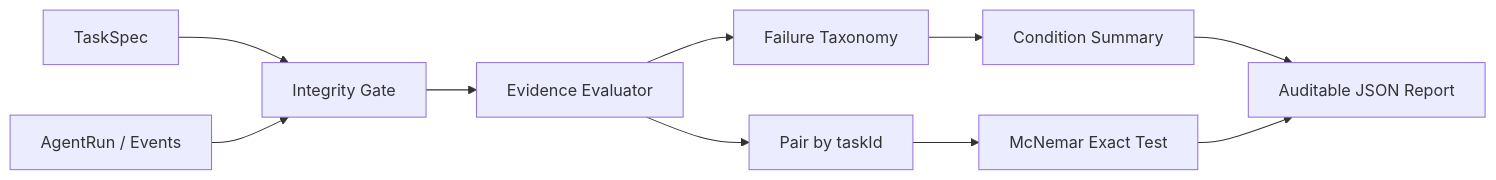
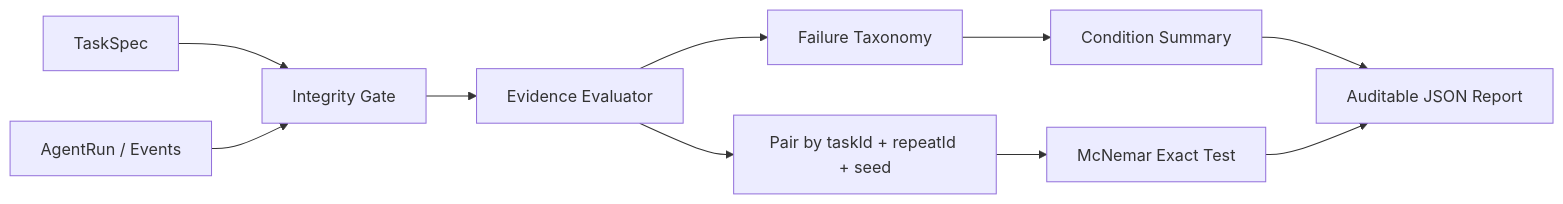
Before and after one commit to wkaixuan677-arch/agent-eval-lab: the first of 2 diagrams in docs/ARCHITECTURE.md, drawn with Mermaid. The commit also changed other lines of this file and 13 other files, not shown here.

````diff
--- a/docs/ARCHITECTURE.md
+++ b/docs/ARCHITECTURE.md
@@ -3,12 +3,12 @@
 ```mermaid
 flowchart LR
     T[TaskSpec] --> I[Integrity Gate]
     R[AgentRun / Events] --> I
     I --> E[Evidence Evaluator]
     E --> F[Failure Taxonomy]
-    E --> P[Pair by taskId]
+    E --> P[Pair by taskId + repeatId + seed]
     F --> S[Condition Summary]
     P --> M[McNemar Exact Test]
     S --> J[Auditable JSON Report]
     M --> J
 ```
````
